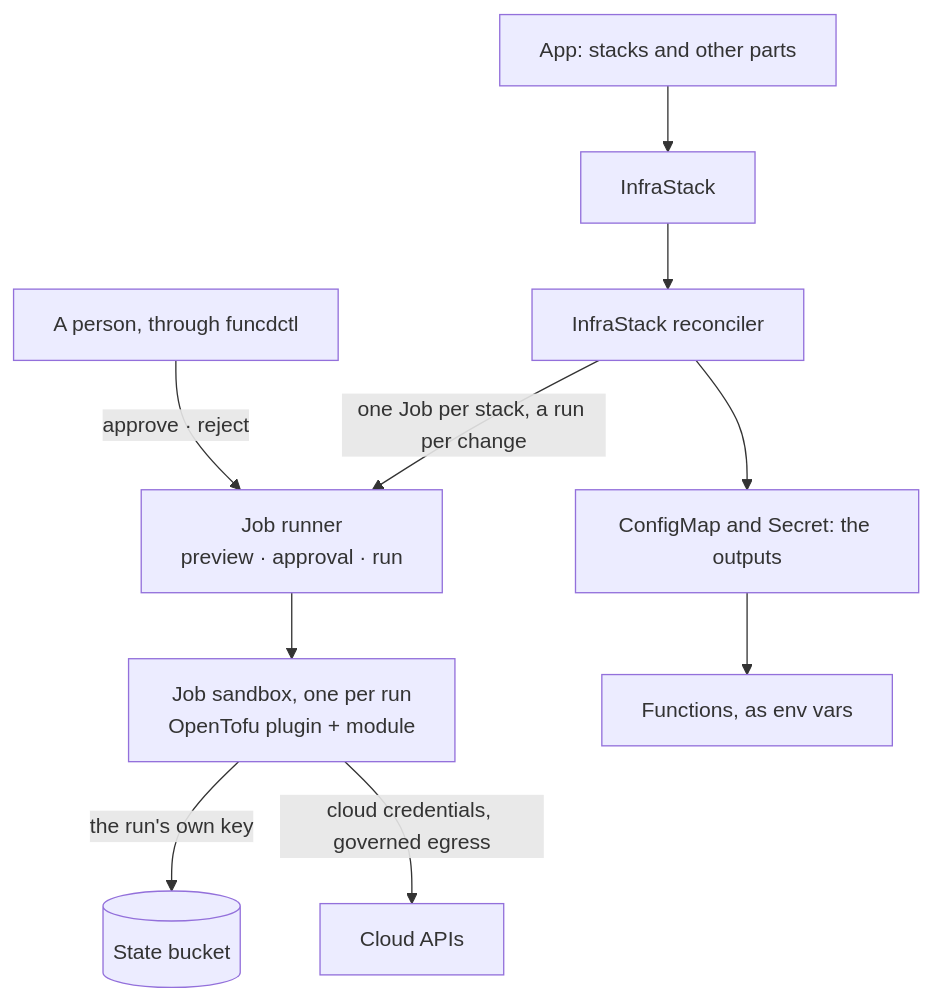
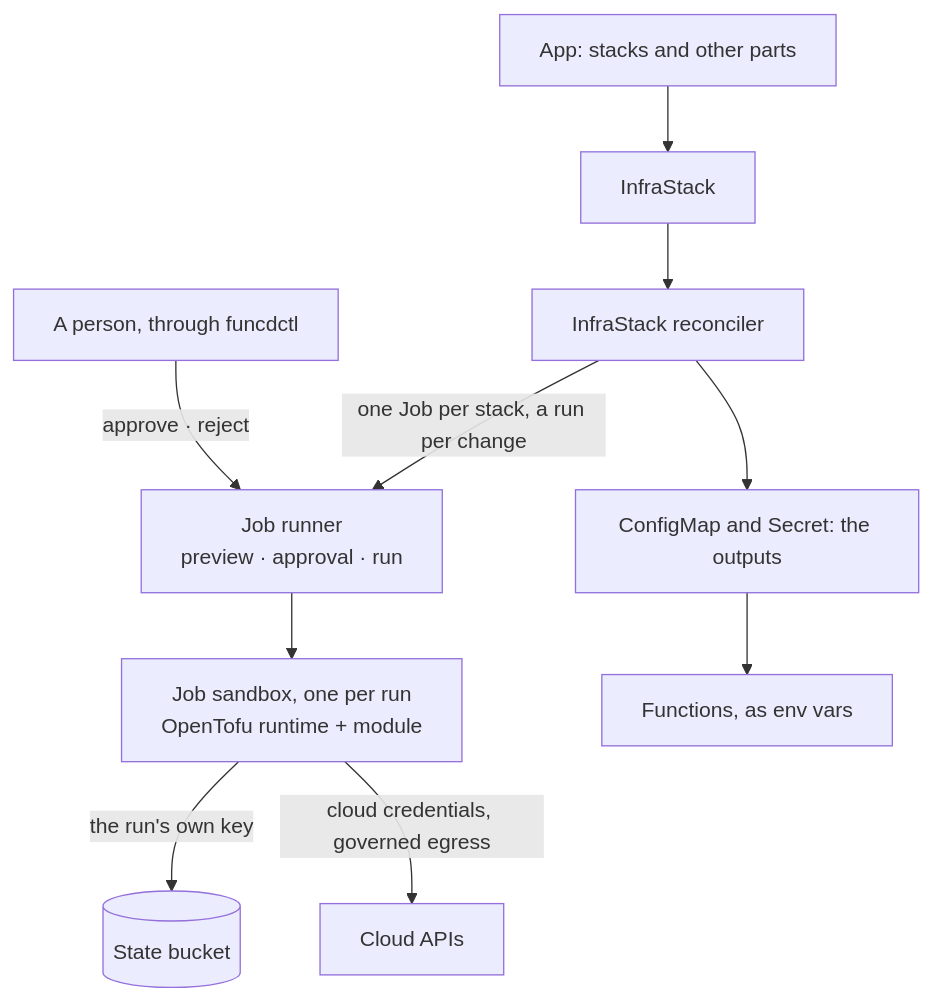
Before and after one commit to pyvvo/funcd: the second of 2 diagrams in docs/feat/0012-feat-infrastack.md, drawn with Mermaid. The commit also changed other lines of this file and 1 other file, not shown here.

First line of the commit message:
docs(feat): a Job follows the Function model, and OpenTofu ships as a curated runtime

````diff
--- a/docs/feat/0012-feat-infrastack.md
+++ b/docs/feat/0012-feat-infrastack.md
@@ -105,12 +106,12 @@
 ```mermaid
 flowchart TB
     APP["App: stacks and other parts"] --> STACK["InfraStack"]
     STACK --> REC["InfraStack reconciler"]
     REC -->|"one Job per stack, a run per change"| RUNNER["Job runner<br/>preview · approval · run"]
     PERSON["A person, through funcdctl"] -->|"approve · reject"| RUNNER
-    RUNNER --> SBX["Job sandbox, one per run<br/>OpenTofu plugin + module"]
+    RUNNER --> SBX["Job sandbox, one per run<br/>OpenTofu runtime + module"]
     SBX -->|"the run's own key"| STATE[("State bucket")]
     SBX -->|"cloud credentials, governed egress"| CLOUD["Cloud APIs"]
     REC --> OUT["ConfigMap and Secret: the outputs"]
     OUT --> FN["Functions, as env vars"]
 ```
````
